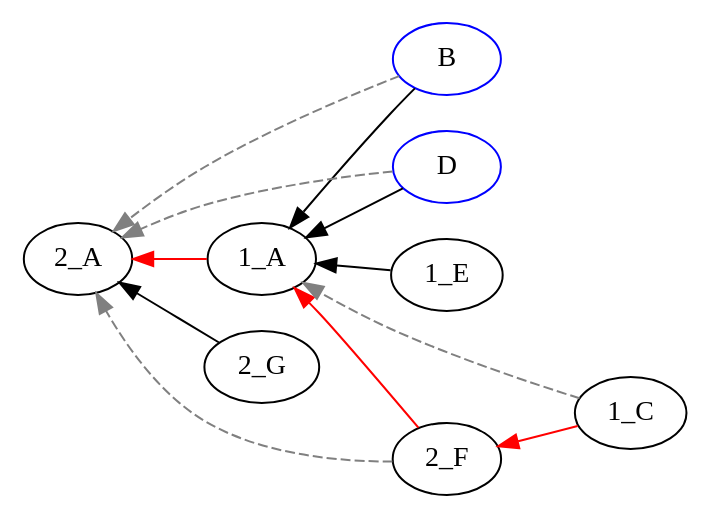
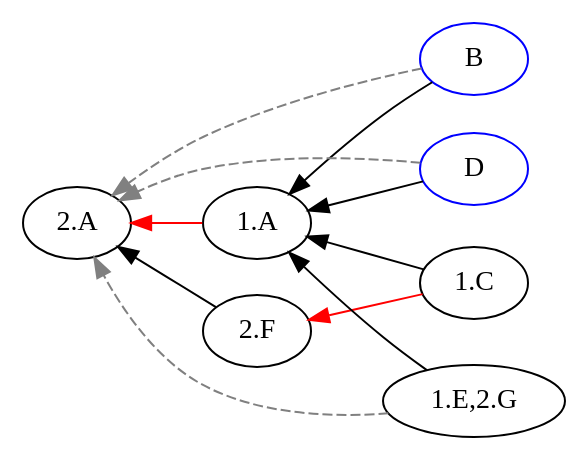
One commit to EulerProject/EulerX changed the diagram in example/output/abstract4/abstract4_pw_0.dot. Above: the diagram before and after it, drawn with Graphviz. The commit also changed 30 other files, not shown here.

```diff
--- a/example/output/abstract4/abstract4_pw_0.dot
+++ b/example/output/abstract4/abstract4_pw_0.dot
@@ -1,20 +1,19 @@
 digraph {
 
 rankdir = RL
 
 "B" [color=blue];
 "D" [color=blue];
 "B" [color=blue];
 "D" [color=blue];
-"1_E" -> "1_A" [style=filled, color=black];
-"2_G" -> "2_A" [style=filled, color=black];
-"2_F" -> "1_A" [style=filled, color=red];
-"1_A" -> "2_A" [style=filled, color=red];
-"1_C" -> "2_F" [style=filled, color=red];
-"B" -> "1_A" [style=filled, color=black];
-"D" -> "1_A" [style=filled, color=black];
-"2_F" -> "2_A" [style=dashed, color=grey];
-"1_C" -> "1_A" [style=dashed, color=grey];
-"B" -> "2_A" [style=dashed, color=grey];
-"D" -> "2_A" [style=dashed, color=grey];
+"1.C" -> "1.A" [style=filled, color=black];
+"2.F" -> "2.A" [style=filled, color=black];
+"1.A" -> "2.A" [style=filled, color=red];
+"1.C" -> "2.F" [style=filled, color=red];
+"B" -> "1.A" [style=filled, color=black];
+"D" -> "1.A" [style=filled, color=black];
+"1.E,2.G" -> "1.A" [style=filled, color=black];
+"B" -> "2.A" [style=dashed, color=grey];
+"D" -> "2.A" [style=dashed, color=grey];
+"1.E,2.G" -> "2.A" [style=dashed, color=grey];
 }
```
